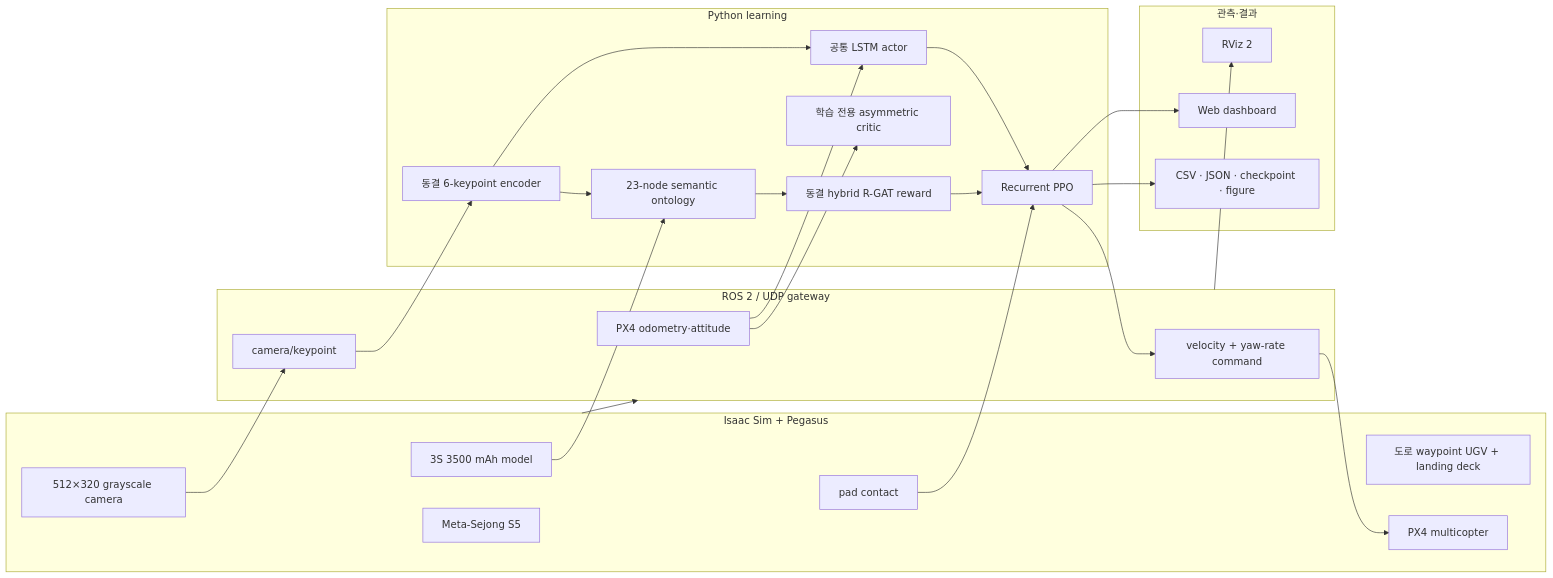
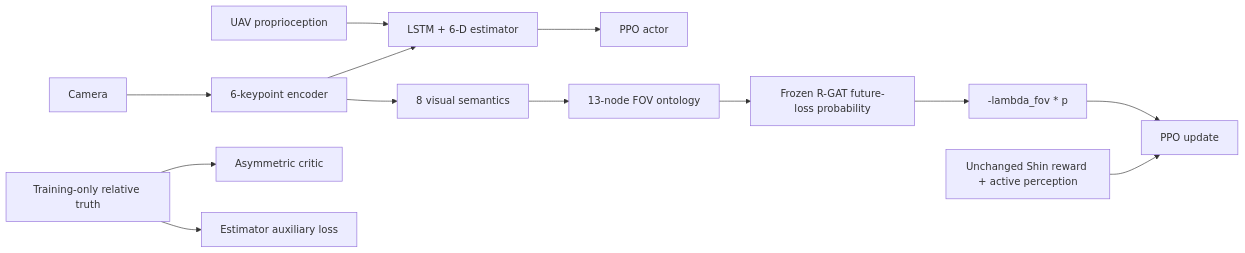
Before and after one commit to junsuk123/OntoReward-RL: the diagram in Ontology_RGAT_UAV_RL_ISAAC_PX4/docs/SYSTEM_OVERVIEW.md, drawn with Mermaid. The commit also changed other lines of this file and 38 other files, not shown here.

First line of the commit message:
Add two-pipeline FOV-risk R-GAT implementation and evaluation

````diff
--- a/Ontology_RGAT_UAV_RL_ISAAC_PX4/docs/SYSTEM_OVERVIEW.md
+++ b/Ontology_RGAT_UAV_RL_ISAAC_PX4/docs/SYSTEM_OVERVIEW.md
@@ -26,39 +12,11 @@
 ```mermaid
 flowchart LR
-  subgraph SIM[Isaac Sim + Pegasus]
-    MAP[Meta-Sejong S5]
-    UGV[도로 waypoint UGV + landing deck]
-    UAV[PX4 multicopter]
-    CAM[512×320 grayscale camera]
-    CONTACT[pad contact]
-    BAT[3S 3500 mAh model]
-  end
-  subgraph IO[ROS 2 / UDP gateway]
-    ODOM[PX4 odometry·attitude]
-    IMG[camera/keypoint]
-    CMD[velocity + yaw-rate command]
-  end
-  subgraph LEARN[Python learning]
-    ENC[동결 6-keypoint encoder]
-    LSTM[공통 LSTM actor]
-    CRITIC[학습 전용 asymmetric critic]
-    GRAPH[23-node semantic ontology]
-    RGAT[동결 hybrid R-GAT reward]
-    PPO[Recurrent PPO]
-  end
-  subgraph VIZ[관측·결과]
-    RVIZ[RViz 2]
-    DASH[Web dashboard]
-    OUT[CSV · JSON · checkpoint · figure]
-  end
-  CAM --> IMG --> ENC --> LSTM --> PPO --> CMD --> UAV
-  ODOM --> LSTM
-  ODOM --> CRITIC
-  ENC --> GRAPH --> RGAT --> PPO
-  BAT --> GRAPH
-  CONTACT --> PPO
-  SIM --> IO
-  IO --> RVIZ
-  PPO --> DASH
-  PPO --> OUT
+  CAM[Camera] --> KP[6-keypoint encoder] --> LSTM[LSTM + 6-D estimator]
+  UAV[UAV proprioception] --> LSTM --> ACT[PPO actor]
+  TRUTH[Training-only relative truth] --> CRITIC[Asymmetric critic]
+  TRUTH --> AUX[Estimator auxiliary loss]
+  KP --> VIS[8 visual semantics] --> GRAPH[13-node FOV ontology]
+  GRAPH --> RGAT[Frozen R-GAT future-loss probability]
+  BASE[Unchanged Shin reward + active perception] --> PPO[PPO update]
+  RGAT --> ADD[-lambda_fov * p] --> PPO
 ```
````
